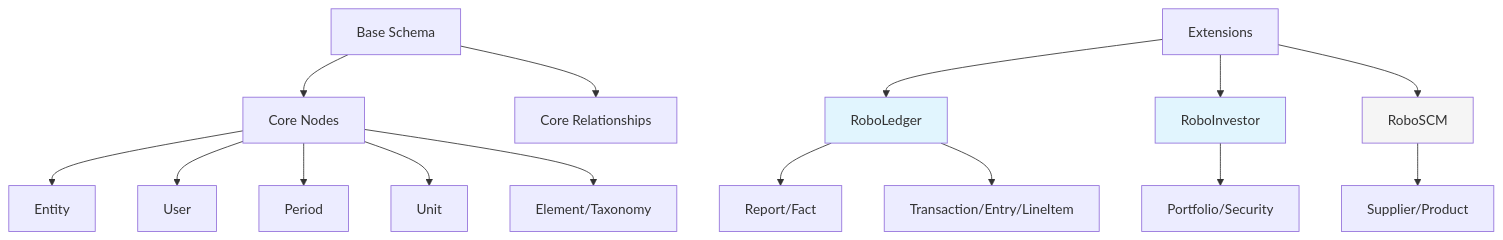
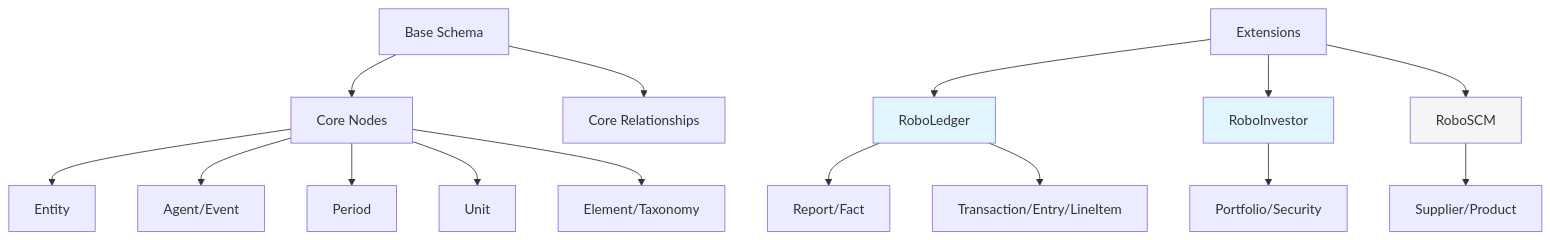
The diagram in robosystems/schemas/README.md (RoboFinSystems/robosystems), drawn with Mermaid before and after one commit. The commit also changed other lines of this file and 23 other files, not shown here.

````diff
--- a/robosystems/schemas/README.md
+++ b/robosystems/schemas/README.md
@@ -148,23 +148,23 @@
 ```mermaid
 graph TD
     A[Base Schema] --> B[Core Nodes]
     A --> C[Core Relationships]
     B --> D[Entity]
-    B --> E[User]
+    B --> E[Agent/Event]
     B --> F[Period]
     B --> G[Unit]
     B --> H[Element/Taxonomy]
 
     I[Extensions] --> J[RoboLedger]
     I --> K[RoboInvestor]
     I --> L[RoboSCM]
 
     J --> M[Report/Fact]
     J --> N[Transaction/Entry/LineItem]
     K --> O[Portfolio/Security]
     L --> P[Supplier/Product]
 
     style J fill:#e1f5fe
     style K fill:#e1f5fe
     style L fill:#f5f5f5
 ```
````
